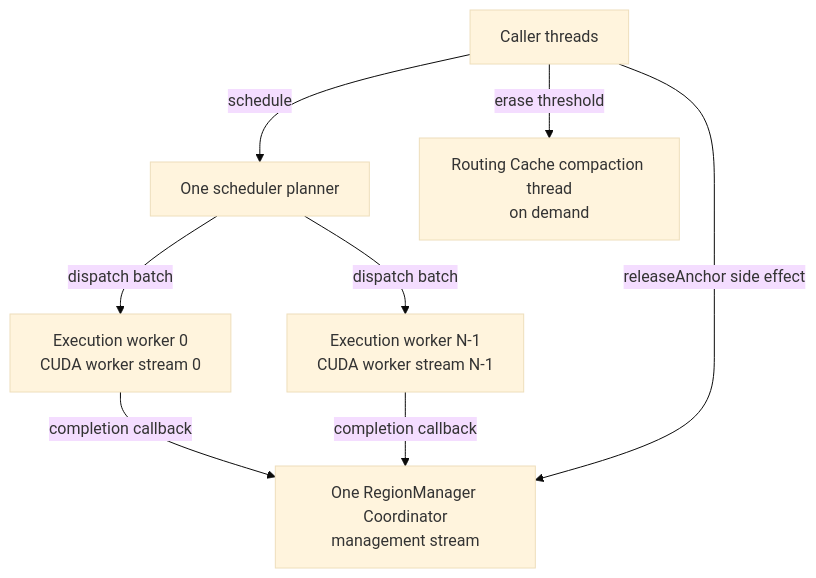
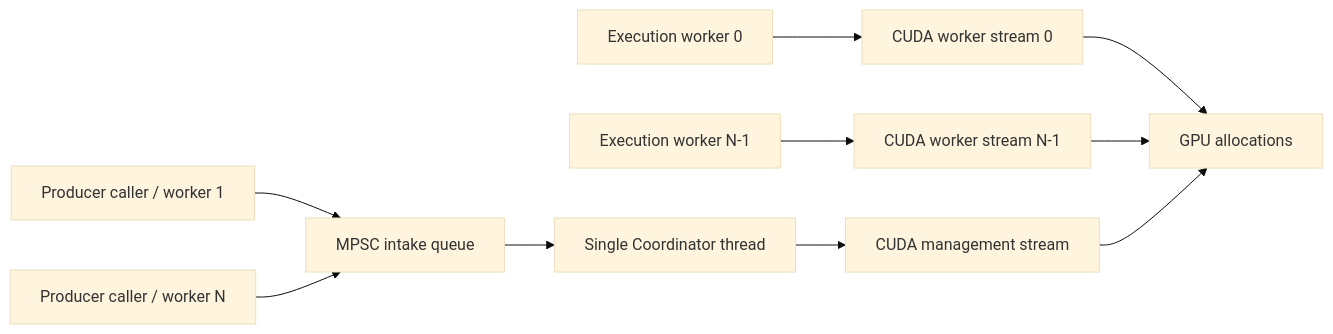
Before and after one commit to sjoon-oh/arachne-impl: the third of 13 diagrams in cpp/doc/code-documentation-v3.md, drawn with Mermaid (base theme). The commit also changed other lines of this file and 29 other files, not shown here.

````diff
--- a/cpp/doc/code-documentation-v3.md
+++ b/cpp/doc/code-documentation-v3.md
@@ -377,17 +181,23 @@
 ```mermaid
-flowchart TB
-    CALLER[Caller threads]
-    PLAN[One scheduler planner]
-    W0[Execution worker 0<br/>CUDA worker stream 0]
-    WN[Execution worker N-1<br/>CUDA worker stream N-1]
-    COORD[One RegionManager Coordinator<br/>management stream]
-    RCBG[Routing Cache compaction thread<br/>on demand]
+flowchart LR
+    P1[Producer caller / worker 1]
+    PN[Producer caller / worker N]
+    Q[MPSC intake queue]
+    C[Single Coordinator thread]
 
-    CALLER -->|schedule| PLAN
-    PLAN -->|dispatch batch| W0
-    PLAN -->|dispatch batch| WN
-    W0 -->|completion callback| COORD
-    WN -->|completion callback| COORD
-    CALLER -->|releaseAnchor side effect| COORD
-    CALLER -->|erase threshold| RCBG
+    W0[Execution worker 0]
+    WN[Execution worker N-1]
+    WS0[CUDA worker stream 0]
+    WSN[CUDA worker stream N-1]
+
+    MS[CUDA management stream]
+    GPU[GPU allocations]
+
+    P1 --> Q
+    PN --> Q
+    Q --> C
+
+    W0 --> WS0 --> GPU
+    WN --> WSN --> GPU
+    C --> MS --> GPU
 ```
````
